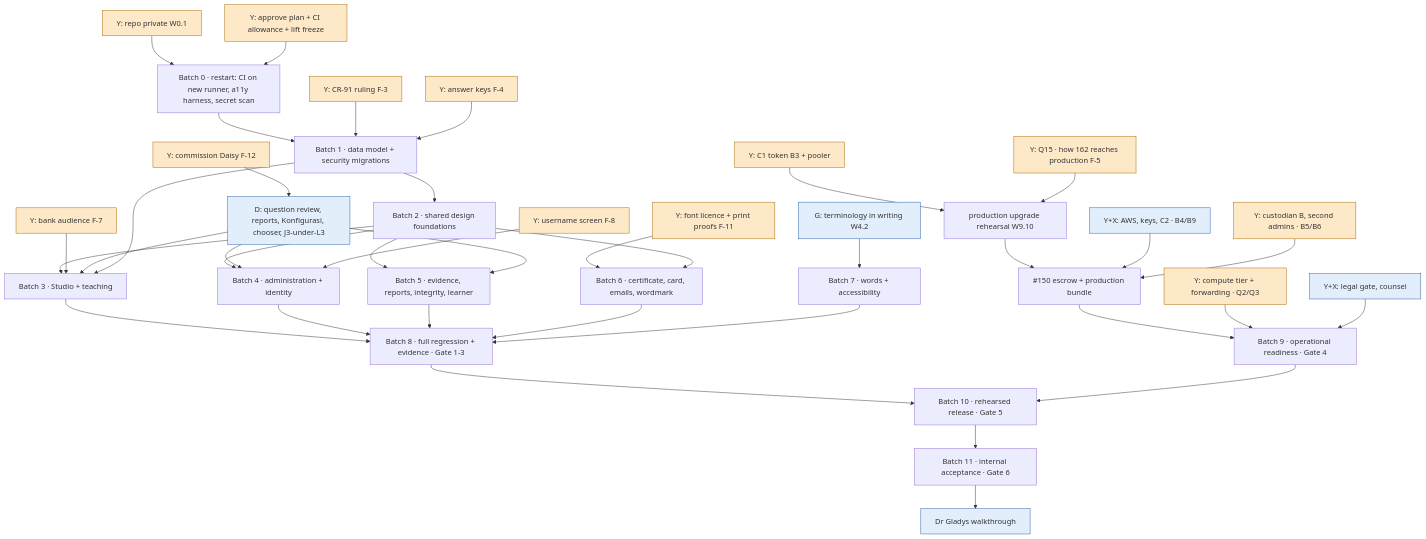
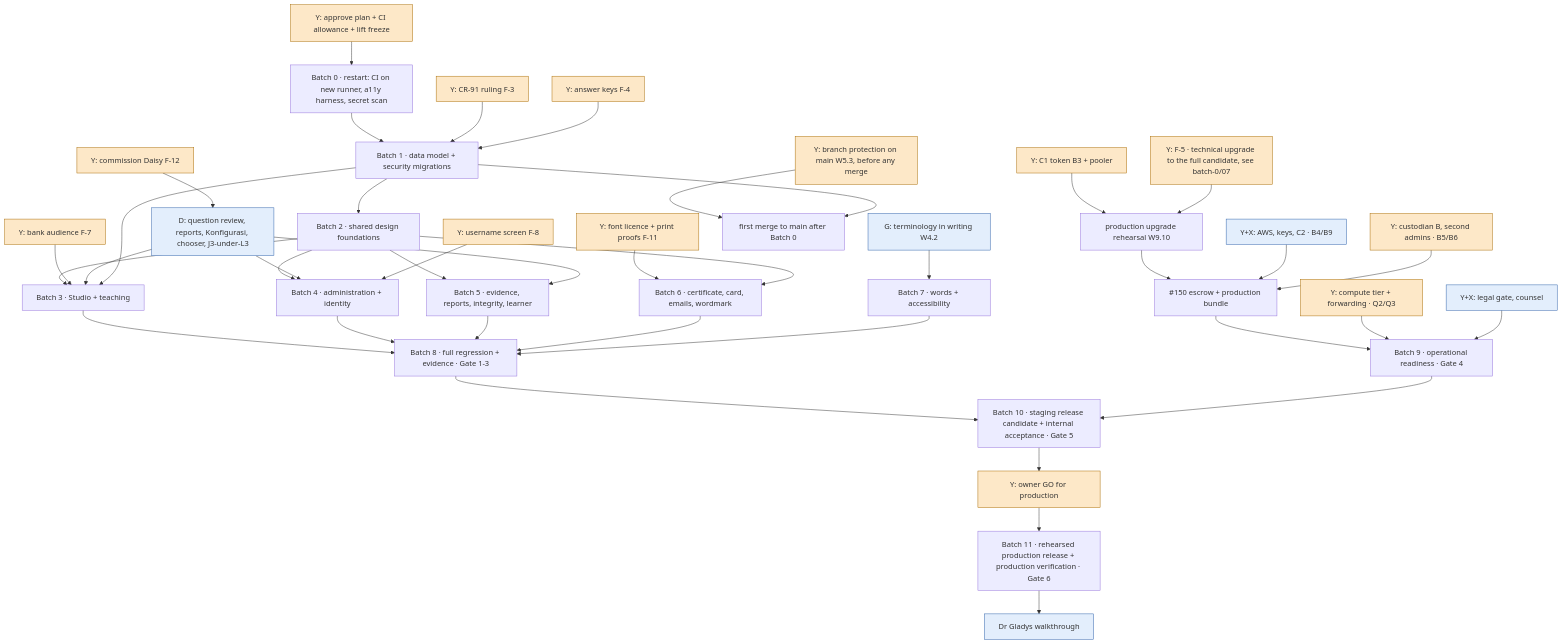
The diagram in docs/completion-4.0/D-DEPENDENCY-MAP-2026-11-02.md (yazidmanan2409/pintar40), drawn with Mermaid before and after one commit. The commit also changed other lines of this file and 9 other files, not shown here.

````diff
--- a/docs/completion-4.0/D-DEPENDENCY-MAP-2026-11-02.md
+++ b/docs/completion-4.0/D-DEPENDENCY-MAP-2026-11-02.md
@@ -7,63 +7,65 @@
 ```mermaid
 flowchart TD
-  Y0[Y: repo private W0.1]:::owner
+  Y0[Y: branch protection on main W5.3, before any merge]:::owner
   Y1[Y: approve plan + CI allowance + lift freeze]:::owner
   Y3[Y: CR-91 ruling F-3]:::owner
   Y4[Y: answer keys F-4]:::owner
   Y7[Y: bank audience F-7]:::owner
   Y8[Y: username screen F-8]:::owner
   YD[Y: commission Daisy F-12]:::owner
   G[G: terminology in writing W4.2]:::ext
   D1[D: question review, reports, Konfigurasi, chooser, J3-under-L3]:::ext
   YL[Y: font licence + print proofs F-11]:::owner
 
   B0[Batch 0 · restart: CI on new runner, a11y harness, secret scan]
   B1[Batch 1 · data model + security migrations]
   B2[Batch 2 · shared design foundations]
   B3[Batch 3 · Studio + teaching]
   B4[Batch 4 · administration + identity]
   B5[Batch 5 · evidence, reports, integrity, learner]
   B6[Batch 6 · certificate, card, emails, wordmark]
   B7[Batch 7 · words + accessibility]
   B8[Batch 8 · full regression + evidence · Gate 1-3]
 
-  Y0 --> B0
   Y1 --> B0 --> B1 --> B2
+  Y0 --> M1[first merge to main after Batch 0]
+  B1 --> M1
   Y3 --> B1
   Y4 --> B1
   B2 --> B3 & B4 & B5
   Y7 --> B3
   D1 --> B3 & B4 & B5
   YD --> D1
   Y8 --> B4
   B1 --> B3
   YL --> B6
   B2 --> B6
   G --> B7
   B3 & B4 & B5 & B6 & B7 --> B8
 
   O1[Y: C1 token B3 + pooler]:::owner
   O2[Y+X: AWS, keys, C2 · B4/B9]:::ext
   O3[Y: custodian B, second admins · B5/B6]:::owner
   O4[Y: compute tier + forwarding · Q2/Q3]:::owner
   O5[Y+X: legal gate, counsel]:::ext
-  O6[Y: Q15 · how 162 reaches production F-5]:::owner
+  O6[Y: F-5 · technical upgrade to the full candidate, see batch-0/07]:::owner
   B9[Batch 9 · operational readiness · Gate 4]
-  B10[Batch 10 · rehearsed release · Gate 5]
-  B11[Batch 11 · internal acceptance · Gate 6]
+  B10[Batch 10 · staging release candidate + internal acceptance · Gate 5]
+  B11[Batch 11 · rehearsed production release + production verification · Gate 6]
   GL[Dr Gladys walkthrough]:::ext
 
   O1 --> UPG[production upgrade rehearsal W9.10]
   O6 --> UPG
   UPG --> ESC[#150 escrow + production bundle]
   O2 --> ESC
   O3 --> ESC
   ESC --> B9
   O4 --> B9
   O5 --> B9
   B8 --> B10
-  B9 --> B10 --> B11 --> GL
+  B9 --> B10
+  B10 --> YGO[Y: owner GO for production]:::owner --> B11 --> GL
 
   classDef owner fill:#fde8c8,stroke:#a86a00;
   classDef ext fill:#e3eefc,stroke:#2b5fa8;
 ```
````
